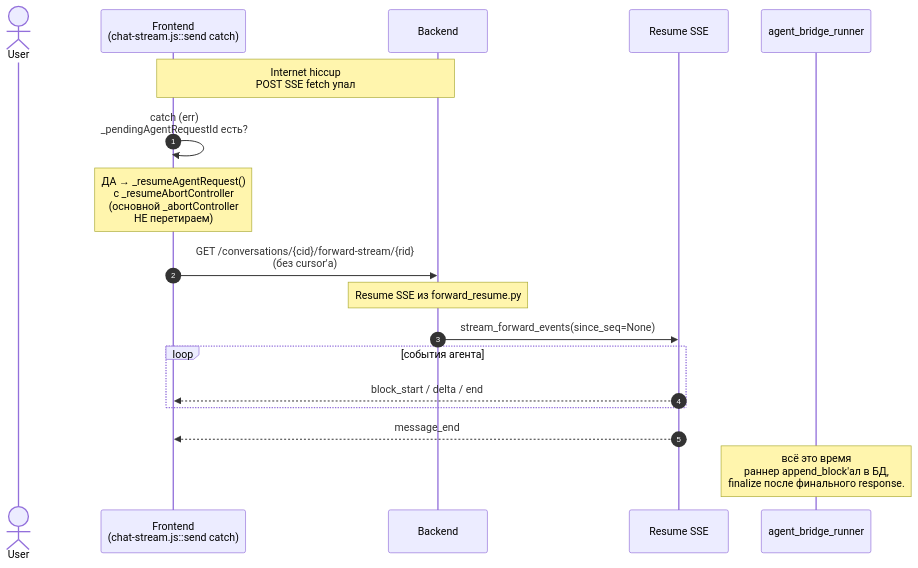
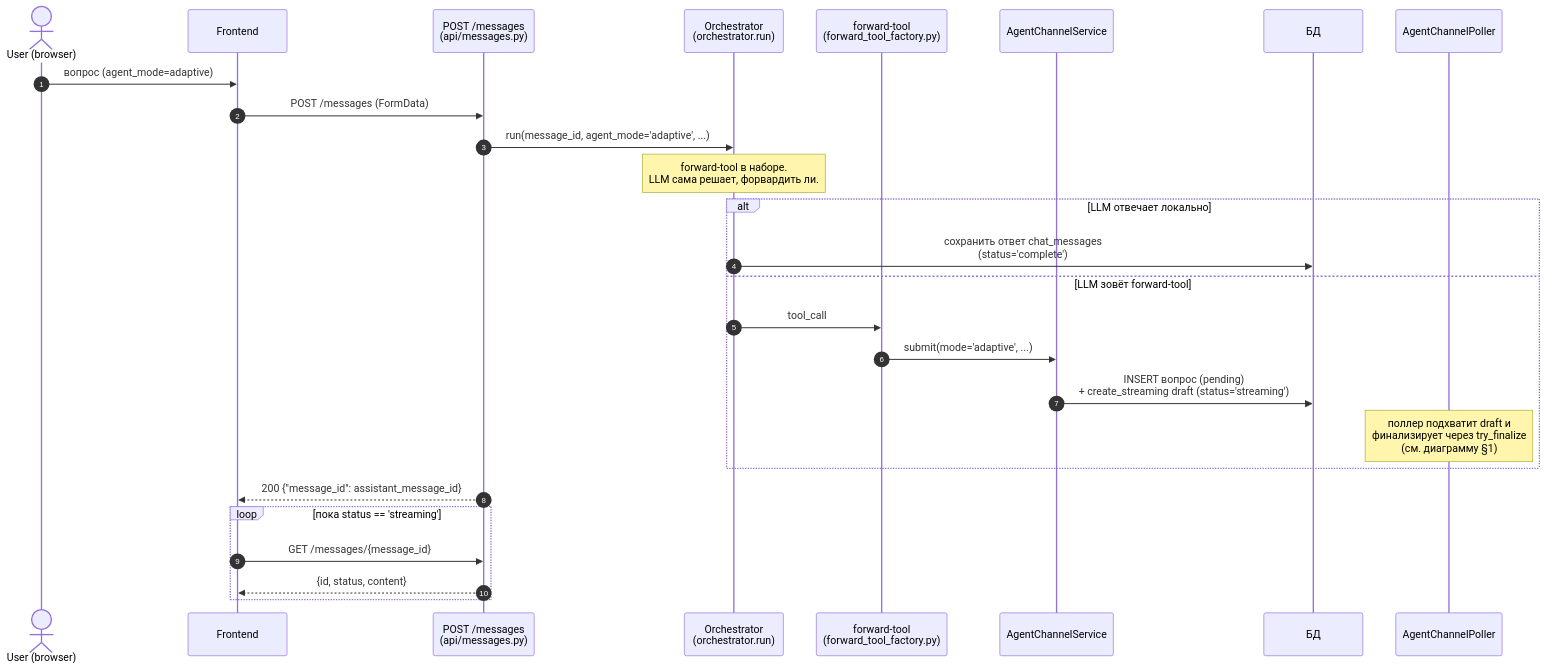
One commit to mr-Dees/Act-Constructor changed the second of 2 diagrams in docs/forward-sequence.md. Above: the diagram before and after it, drawn with Mermaid. The commit also changed other lines of this file and 31 other files, not shown here.

Commit message:
Документация, комментарии и мёртвый SSE-код приведены в соответствие с каналом agent_messages

````diff
--- a/docs/forward-sequence.md
+++ b/docs/forward-sequence.md
@@ -164,23 +110,30 @@
 ```mermaid
 sequenceDiagram
     autonumber
-    actor U as User
-    participant F as Frontend<br/>(chat-stream.js::send catch)
-    participant API as Backend
-    participant FB as Resume SSE
-    participant RUN as agent_bridge_runner
+    actor U as User (browser)
+    participant F as Frontend
+    participant API as POST /messages<br/>(api/messages.py)
+    participant ORCH as Orchestrator<br/>(orchestrator.run)
+    participant FT as forward-tool<br/>(forward_tool_factory.py)
+    participant CS as AgentChannelService
+    participant DB as БД
+    participant POLL as AgentChannelPoller
 
-    Note over F,API: Internet hiccup<br/>POST SSE fetch упал
-    F->>F: catch (err)<br/>_pendingAgentRequestId есть?
-    Note over F: ДА → _resumeAgentRequest()<br/>с _resumeAbortController<br/>(основной _abortController<br/>НЕ перетираем)
-
-    F->>API: GET /conversations/{cid}/forward-stream/{rid}<br/>(без cursor'а)
-    Note over API: Resume SSE из forward_resume.py
-    API->>FB: stream_forward_events(since_seq=None)
-    loop события агента
-        FB-->>F: block_start / delta / end
+    U->>F: вопрос (agent_mode=adaptive)
+    F->>API: POST /messages (FormData)
+    API->>ORCH: run(message_id, agent_mode='adaptive', ...)
+    Note over ORCH: forward-tool в наборе.<br/>LLM сама решает, форвардить ли.
+    alt LLM отвечает локально
+        ORCH->>DB: сохранить ответ chat_messages<br/>(status='complete')
+    else LLM зовёт forward-tool
+        ORCH->>FT: tool_call
+        FT->>CS: submit(mode='adaptive', ...)
+        CS->>DB: INSERT вопрос (pending)<br/>+ create_streaming draft (status='streaming')
+        Note over POLL: поллер подхватит draft и<br/>финализирует через try_finalize<br/>(см. диаграмму §1)
     end
-    FB-->>F: message_end
-
-    Note over RUN: всё это время<br/>раннер append_block'ал в БД,<br/>finalize после финального response.
+    API-->>F: 200 {"message_id": assistant_message_id}
+    loop пока status == 'streaming'
+        F->>API: GET /messages/{message_id}
+        API-->>F: {id, status, content}
+    end
 ```
````
